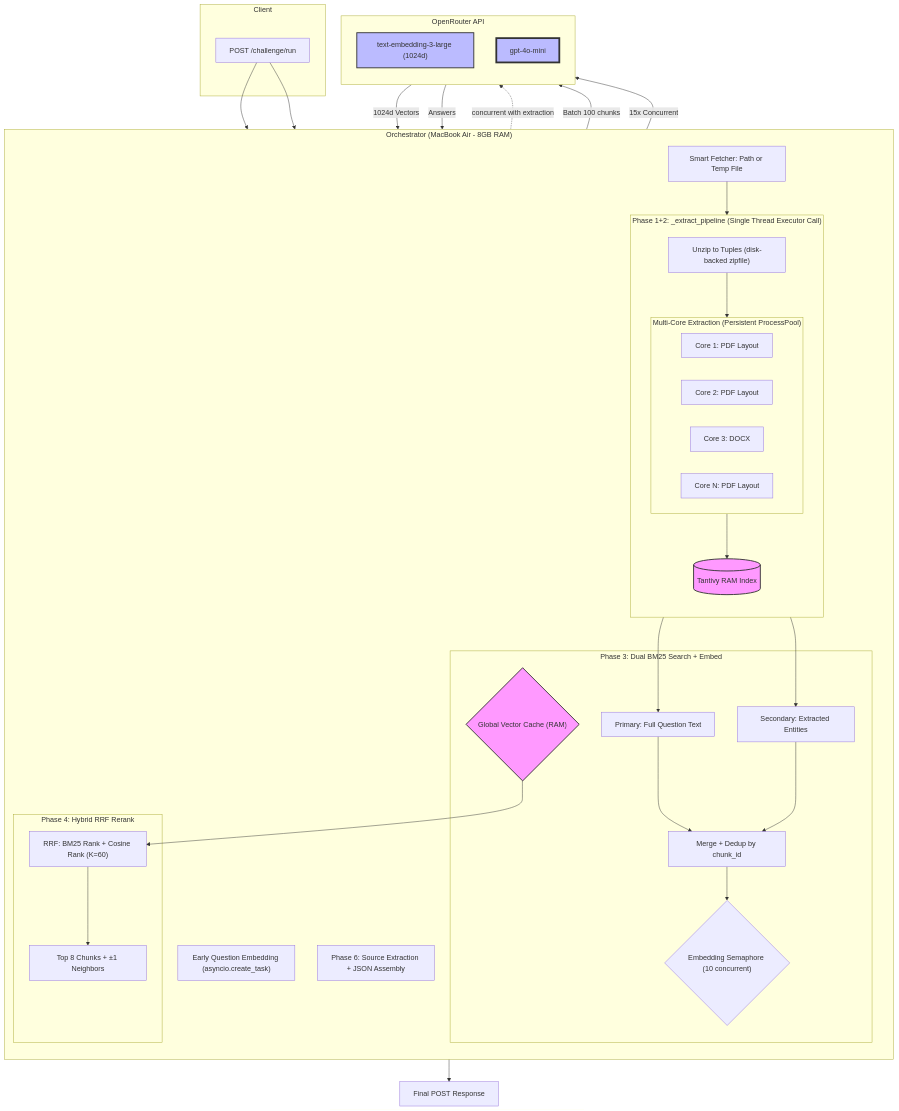
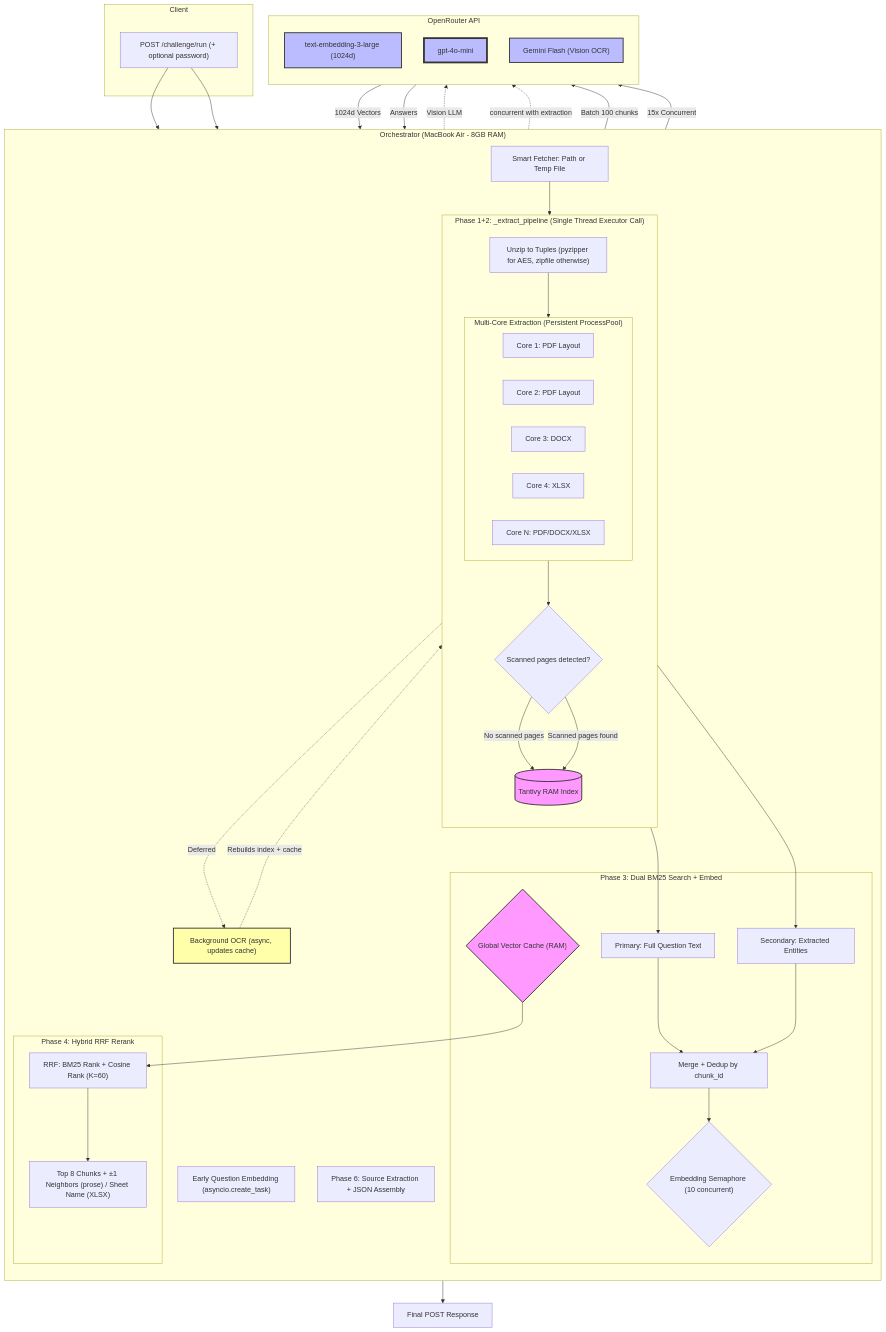
One commit to trident4/Lucio_Challenge changed the first of 2 diagrams in docs/pipeline_deep_dive.md. Above: the diagram before and after it, drawn with Mermaid. The commit also changed other lines of this file and 16 other files, not shown here.

````diff
--- a/docs/pipeline_deep_dive.md
+++ b/docs/pipeline_deep_dive.md
@@ -29,7 +30,7 @@
 ```mermaid
 flowchart TD
 subgraph Client["Client"]
-Trigger["POST /challenge/run"]
+Trigger["POST /challenge/run (+ optional password)"]
 end
 
     subgraph Orchestrator["Orchestrator (MacBook Air - 8GB RAM)"]
@@ -39,16 +40,20 @@
 
         subgraph Pipeline["Phase 1+2: _extract_pipeline (Single Thread Executor Call)"]
             direction TB
-            Unzip["Unzip to Tuples (disk-backed zipfile)"]
+            Unzip["Unzip to Tuples (pyzipper for AES, zipfile otherwise)"]
             subgraph Extraction["Multi-Core Extraction (Persistent ProcessPool)"]
                 direction LR
                 P1["Core 1: PDF Layout"]
                 P2["Core 2: PDF Layout"]
                 P3["Core 3: DOCX"]
-                P4["Core N: PDF Layout"]
+                P4["Core 4: XLSX"]
+                P5["Core N: PDF/DOCX/XLSX"]
             end
+            OCRDetect{"Scanned pages detected?"}
             Tantivy[("Tantivy RAM Index")]
         end
+
+        BGTask["Background OCR (async, updates cache)"]
 
         subgraph Search["Phase 3: Dual BM25 Search + Embed"]
             BM25_Primary["Primary: Full Question Text"]
@@ -60,7 +65,7 @@
 
         subgraph Rerank["Phase 4: Hybrid RRF Rerank"]
             RRF["RRF: BM25 Rank + Cosine Rank (K=60)"]
-            Top8["Top 8 Chunks + ±1 Neighbors"]
+            Top8["Top 8 Chunks + ±1 Neighbors (prose) / Sheet Name (XLSX)"]
         end
 
         Assembler["Phase 6: Source Extraction + JSON Assembly"]
@@ -70,6 +75,7 @@
         direction TB
         EmbedAPI["text-embedding-3-large (1024d)"]
         LLM["gpt-4o-mini"]
+        OCRLM["Gemini Flash (Vision OCR)"]
     end
 
     %% Connections
@@ -77,7 +83,12 @@
     Trigger --> QEmbed
     Fetch --> Unzip
     Unzip --> Extraction
-    Extraction --> Tantivy
+    Extraction --> OCRDetect
+    OCRDetect -- "No scanned pages" --> Tantivy
+    OCRDetect -- "Scanned pages found" --> Tantivy
+    OCRDetect -. "Deferred" .-> BGTask
+    BGTask -. "Vision LLM" .-> OCRLM
+    BGTask -. "Rebuilds index + cache" .-> Tantivy
 
     QEmbed -. "concurrent with extraction" .-> EmbedAPI
 
@@ -99,4 +110,6 @@
     style Cache fill:#f9f,stroke:#333,stroke-width:2px
     style LLM fill:#bbf,stroke:#333,stroke-width:4px
     style EmbedAPI fill:#bbf,stroke:#333,stroke-width:2px
+    style BGTask fill:#ffa,stroke:#333,stroke-width:2px
+    style OCRLM fill:#bbf,stroke:#333,stroke-width:2px
 ```
````
